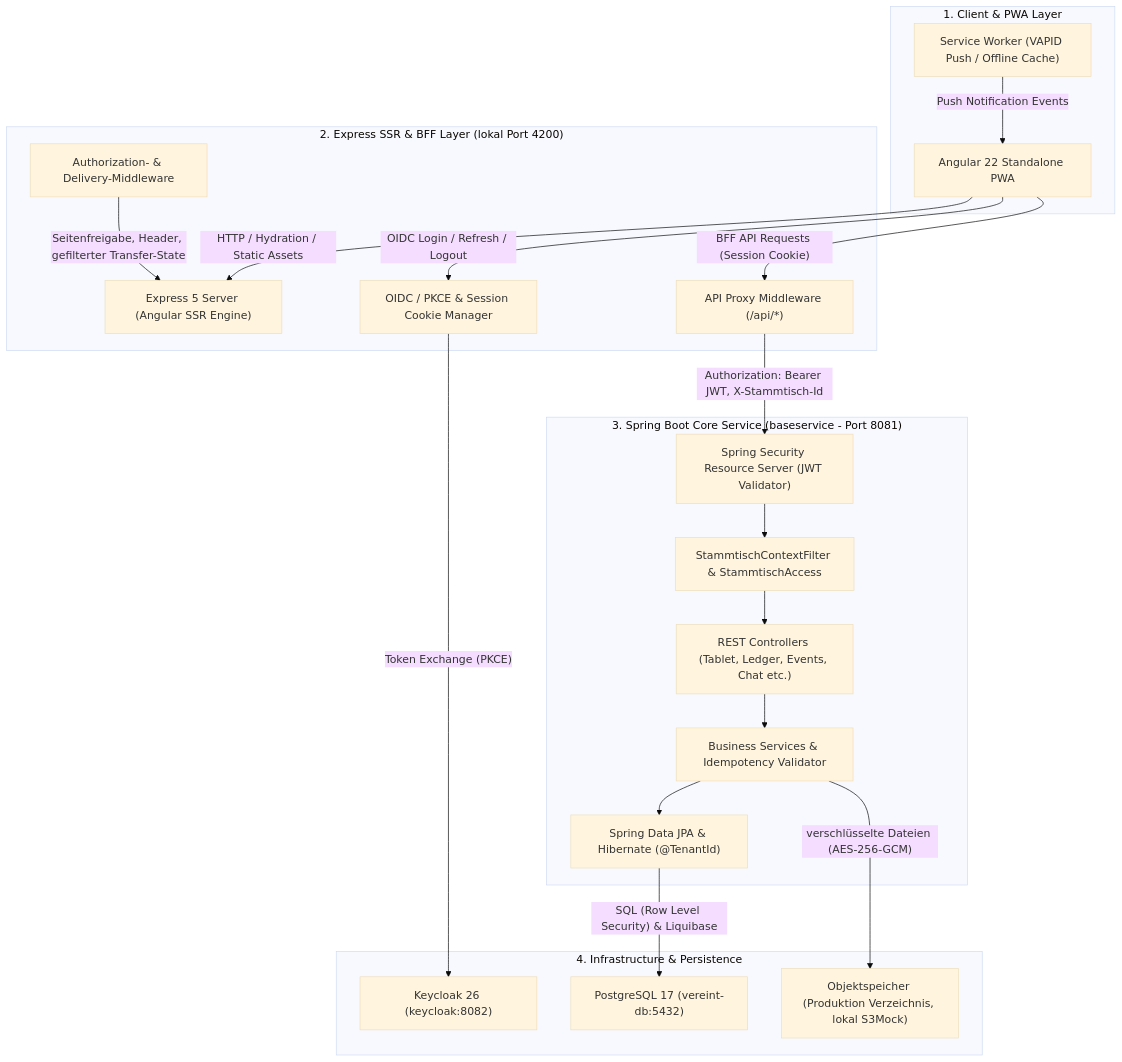
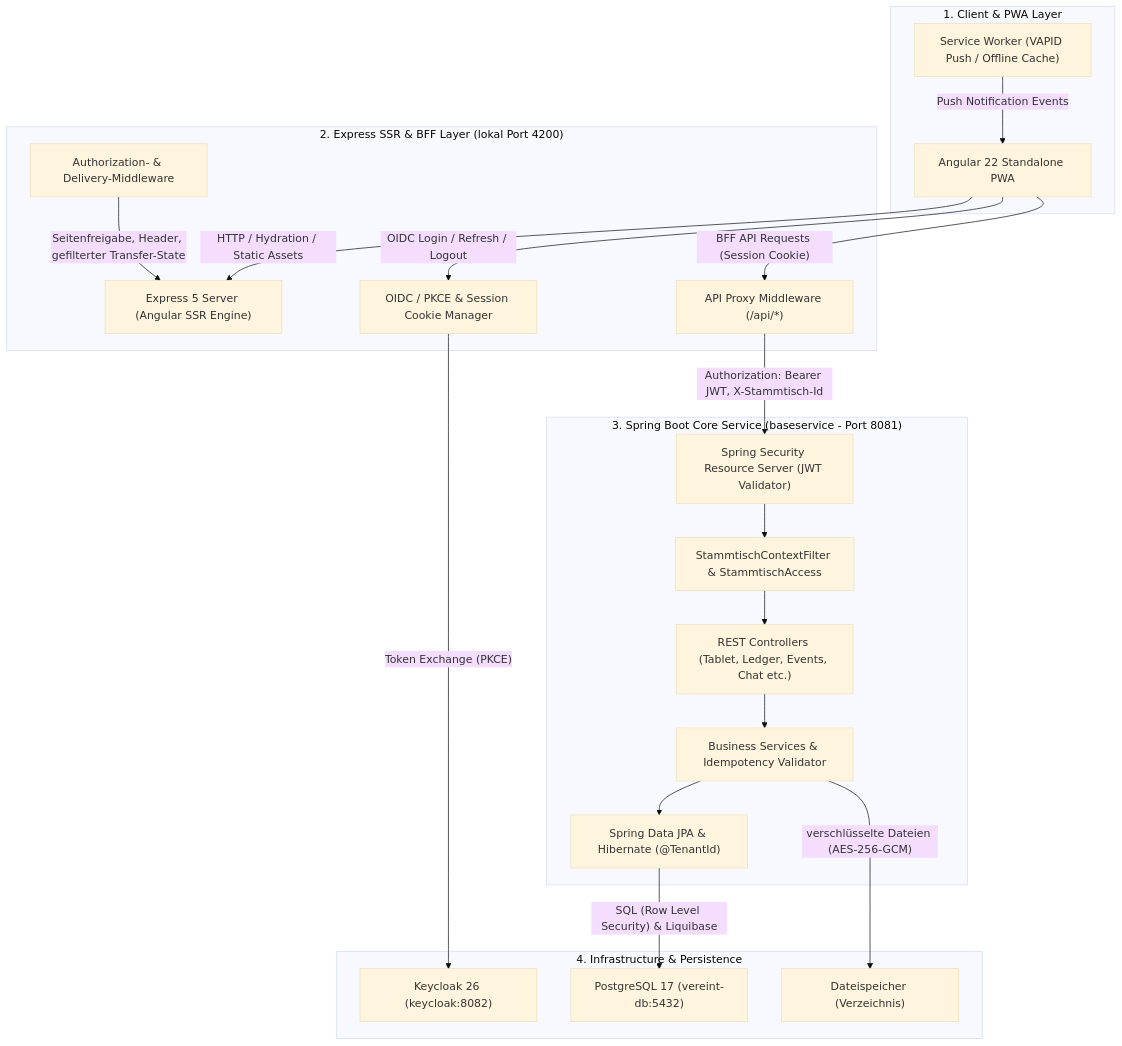
The first of 2 diagrams in docs/architecture/system-overview.md (damaurer/vereint), drawn with Mermaid (base theme) before and after one commit. The commit also changed other lines of this file and 75 other files, not shown here.

````diff
--- a/docs/architecture/system-overview.md
+++ b/docs/architecture/system-overview.md
@@ -11,44 +11,44 @@
 ```mermaid
 graph TD
     subgraph ClientLayer ["1. Client & PWA Layer"]
         Browser["Angular 22 Standalone PWA"]
         SW["Service Worker (VAPID Push / Offline Cache)"]
     end
 
     subgraph BFFLayer ["2. Express SSR & BFF Layer (lokal Port 4200)"]
         SSR["Express 5 Server (Angular SSR Engine)"]
         AuthBFF["OIDC / PKCE & Session Cookie Manager"]
         DeliveryMW["Authorization- & Delivery-Middleware"]
         ApiProxy["API Proxy Middleware (/api/*)"]
     end
 
     subgraph BackendLayer ["3. Spring Boot Core Service (baseservice - Port 8081)"]
         SecFilter["Spring Security Resource Server (JWT Validator)"]
         AccessCtrl["StammtischContextFilter & StammtischAccess"]
         Controllers["REST Controllers (Tablet, Ledger, Events, Chat etc.)"]
         Services["Business Services & Idempotency Validator"]
         DataLayer["Spring Data JPA & Hibernate (@TenantId)"]
     end
 
     subgraph InfraLayer ["4. Infrastructure & Persistence"]
         PG["PostgreSQL 17 (vereint-db:5432)"]
         KC["Keycloak 26 (keycloak:8082)"]
-        S3["Objektspeicher (Produktion Verzeichnis, lokal S3Mock)"]
+        S3["Dateispeicher (Verzeichnis)"]
     end
 
     Browser -->|HTTP / Hydration / Static Assets| SSR
     Browser -->|OIDC Login / Refresh / Logout| AuthBFF
     Browser -->|"BFF API Requests (Session Cookie)"| ApiProxy
     SW -->|Push Notification Events| Browser
 
     AuthBFF -->|"Token Exchange (PKCE)"| KC
     DeliveryMW -->|"Seitenfreigabe, Header, gefilterter Transfer-State"| SSR
     ApiProxy -->|"Authorization: Bearer JWT, X-Stammtisch-Id"| SecFilter
 
     SecFilter --> AccessCtrl
     AccessCtrl --> Controllers
     Controllers --> Services
     Services --> DataLayer
     DataLayer -->|"SQL (Row Level Security) & Liquibase"| PG
     Services -->|"verschlüsselte Dateien (AES-256-GCM)"| S3
 ```
````
